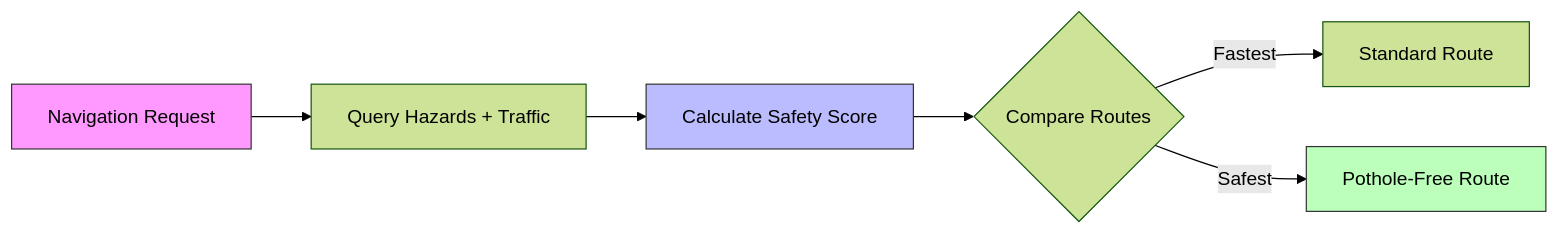
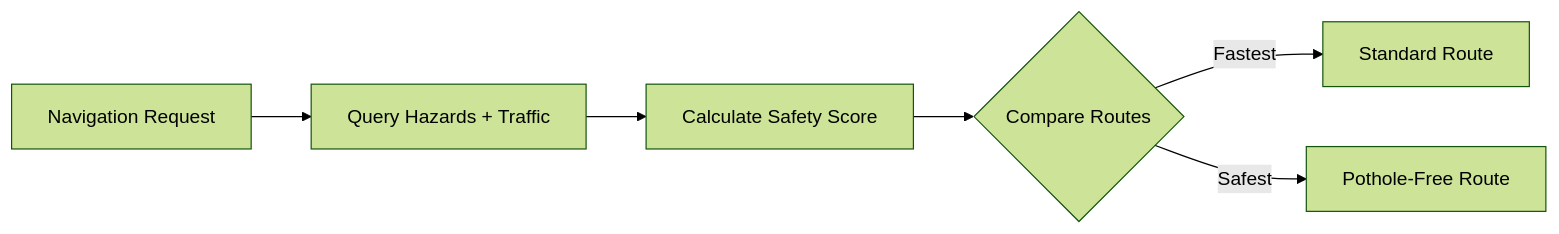
Before and after one commit to Goyam02/Sadak-Sathi: the third of 5 diagrams in README.md, drawn with Mermaid (forest theme). The commit also changed other lines of this file, not shown here.

````diff
--- a/README.md
+++ b/README.md
@@ -142,12 +138,8 @@
 ```mermaid
 graph LR
     User[Navigation Request] --> Query[Query Hazards + Traffic]
     Query --> Score[Calculate Safety Score]
     Score --> Result{Compare Routes}
     Result -->|Fastest| Fast[Standard Route]
     Result -->|Safest| Safe[Pothole-Free Route]
-    
-    style User fill:#f9f,stroke:#333
-    style Score fill:#bbf,stroke:#333
-    style Safe fill:#bfb,stroke:#333
 ```
````
